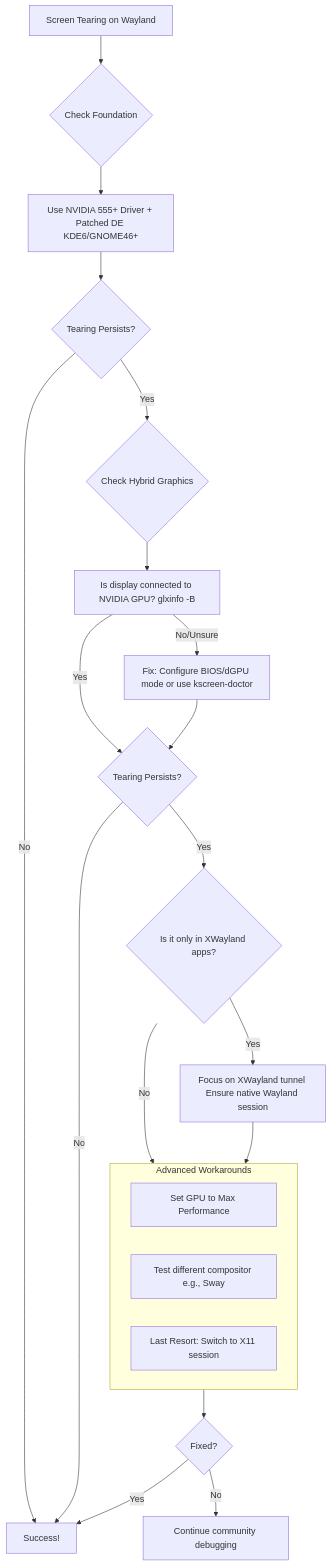
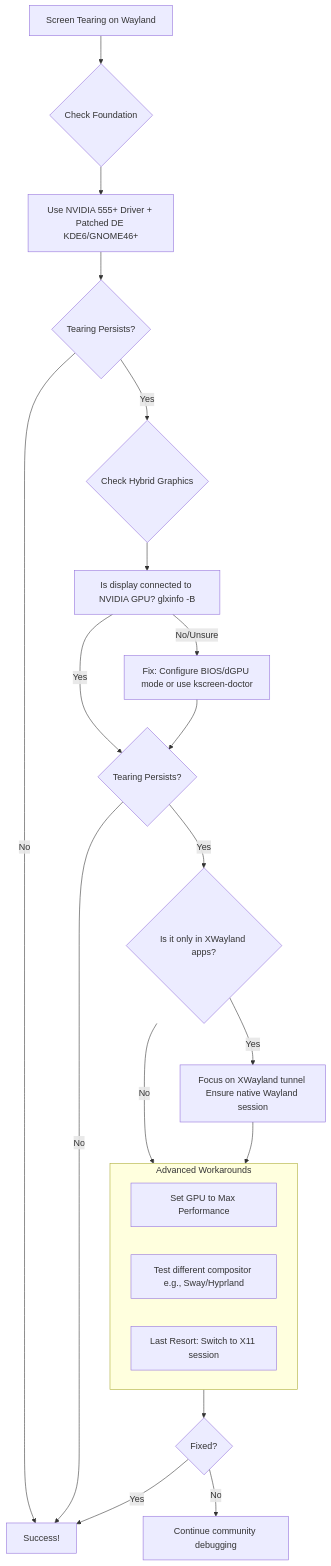
Before and after one commit to htghuzaifa2/huzi.pk-web-v2: the diagram in src/data/blogs/posts/tech/nvidia-wayland-tearing-fix.md, drawn with Mermaid. The commit also changed other lines of this file and 488 other files, not shown here.

````diff
--- a/src/data/blogs/posts/tech/nvidia-wayland-tearing-fix.md
+++ b/src/data/blogs/posts/tech/nvidia-wayland-tearing-fix.md
@@ -50,33 +61,33 @@
 ```mermaid
 flowchart TD
     A[Screen Tearing on Wayland] --> B{Check Foundation}
     B --> C[Use NVIDIA 555+ Driver + Patched DE KDE6/GNOME46+]
 
     C --> D{Tearing Persists?}
     D -- No --> E[Success!]
 
     D -- Yes --> F{Check Hybrid Graphics}
     F --> G[Is display connected to NVIDIA GPU? glxinfo -B]
     G -- No/Unsure --> H[Fix: Configure BIOS/dGPU mode or use kscreen-doctor]
     G -- Yes --> I
 
     H --> I{Tearing Persists?}
     I -- No --> E
 
     I -- Yes --> J{Is it only in XWayland apps?}
     J -- Yes --> K[Focus on XWayland tunnel Ensure native Wayland session]
     J -- No --> L[Try advanced workarounds]
 
     K --> L
 
     subgraph L [Advanced Workarounds]
         direction LR
         L1[Set GPU to Max Performance]
-        L2[Test different compositor e.g., Sway]
+        L2[Test different compositor e.g., Sway/Hyprland]
         L3[Last Resort: Switch to X11 session]
     end
 
     L --> M{Fixed?}
     M -- Yes --> E
     M -- No --> N[Continue community debugging]
 ```
````
